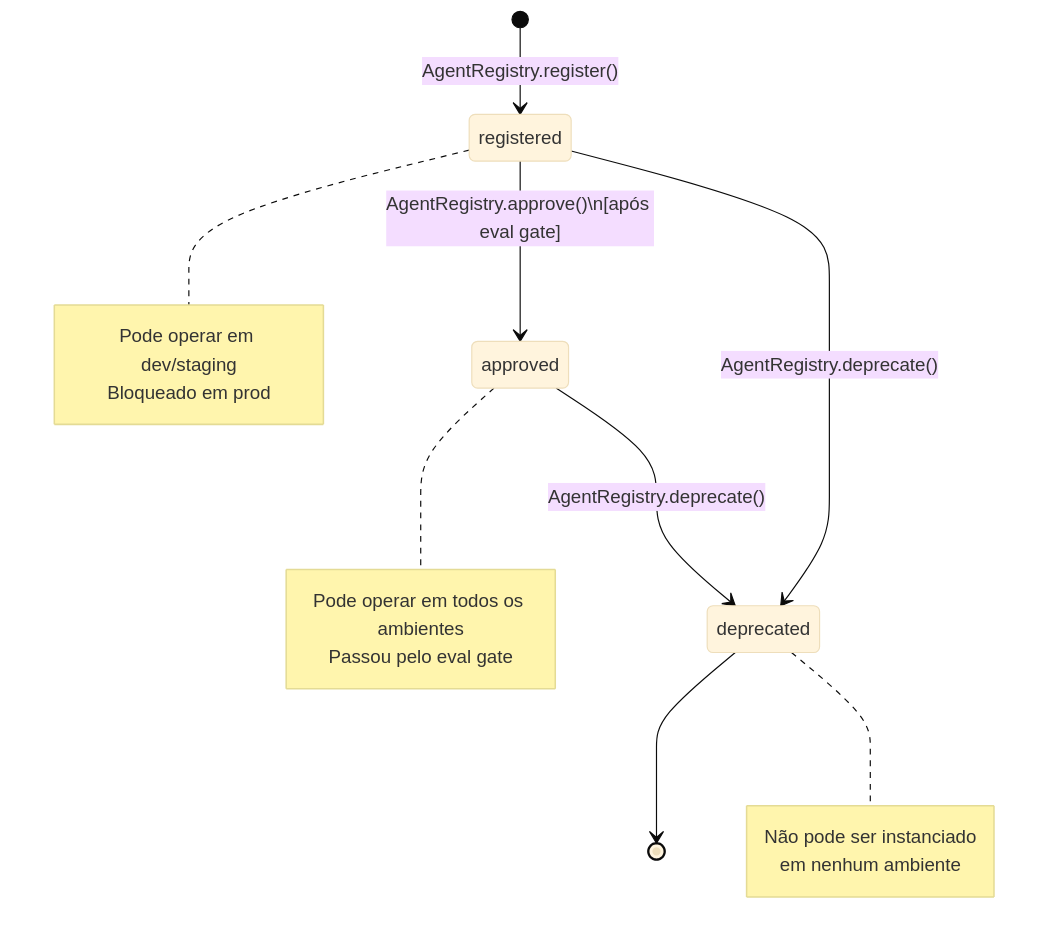
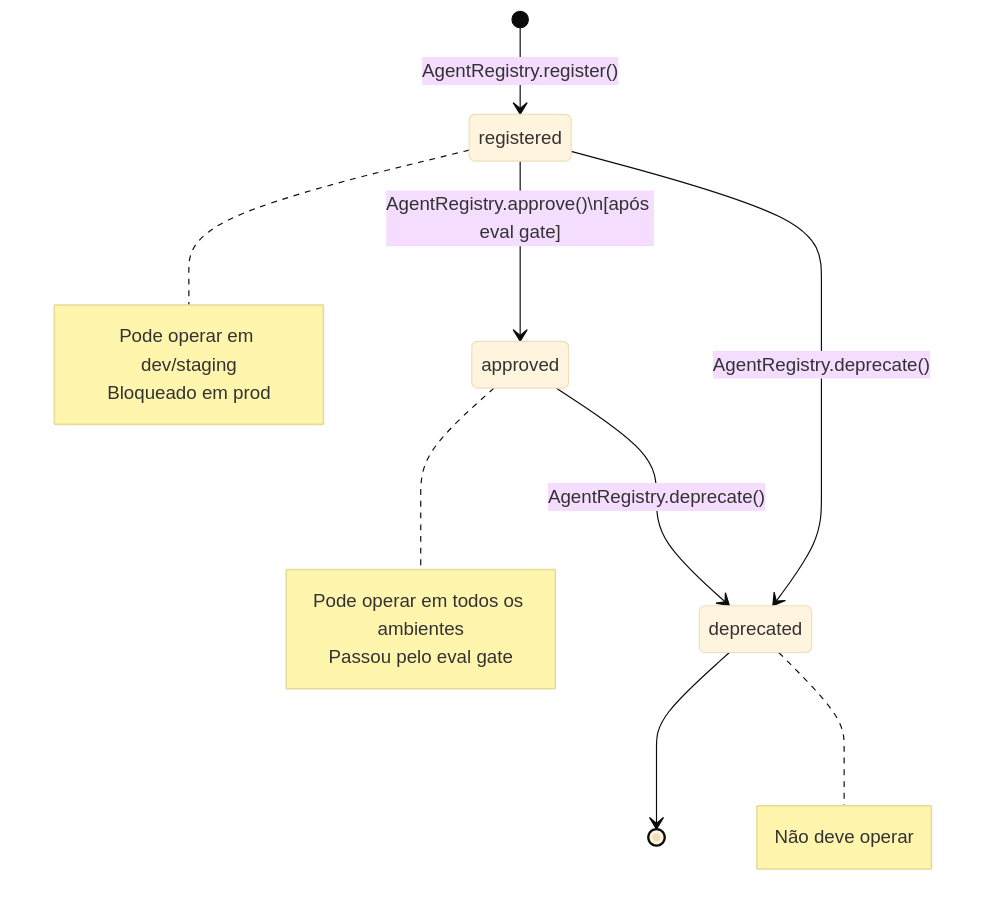
One commit to glaucojbs/agenticgovernance changed the first of 2 diagrams in docs/08-ciclo-de-vida.md. Above: the diagram before and after it, drawn with Mermaid (base theme). The commit also changed other lines of this file and 31 other files, not shown here.

````diff
--- a/docs/08-ciclo-de-vida.md
+++ b/docs/08-ciclo-de-vida.md
@@ -5,23 +11,22 @@
 ```mermaid
 stateDiagram-v2
     [*] --> registered : AgentRegistry.register()
     registered --> approved : AgentRegistry.approve()\n[após eval gate]
     approved --> deprecated : AgentRegistry.deprecate()
     deprecated --> [*]
     registered --> deprecated : AgentRegistry.deprecate()
 
     note right of registered
         Pode operar em dev/staging
         Bloqueado em prod
     end note
 
     note right of approved
         Pode operar em todos os ambientes
         Passou pelo eval gate
     end note
 
     note right of deprecated
-        Não pode ser instanciado
-        em nenhum ambiente
+        Não deve operar
     end note
 ```
````
